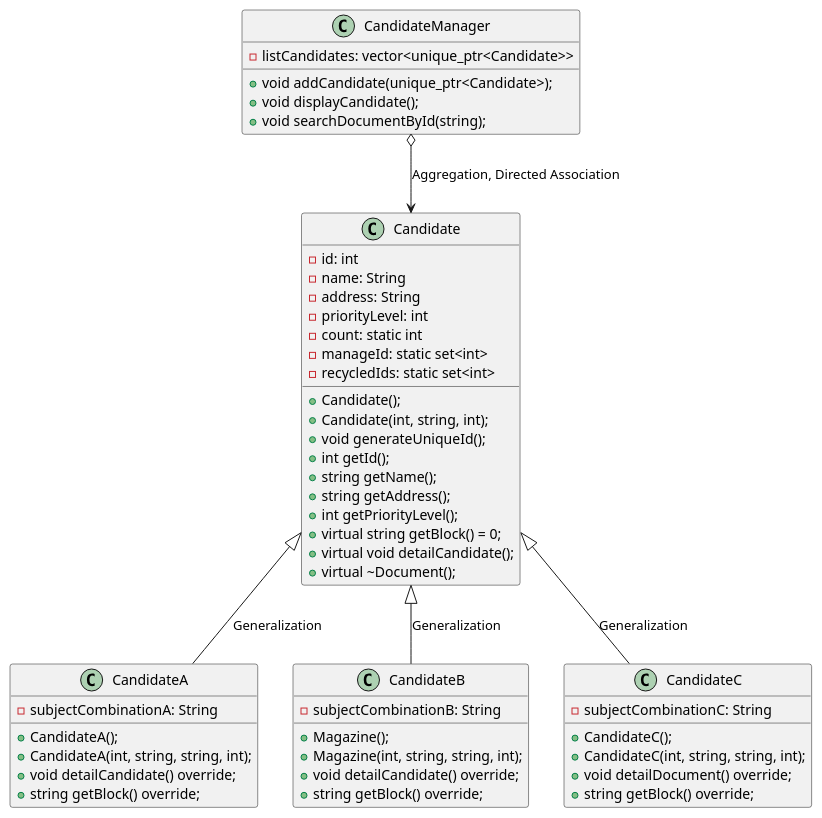
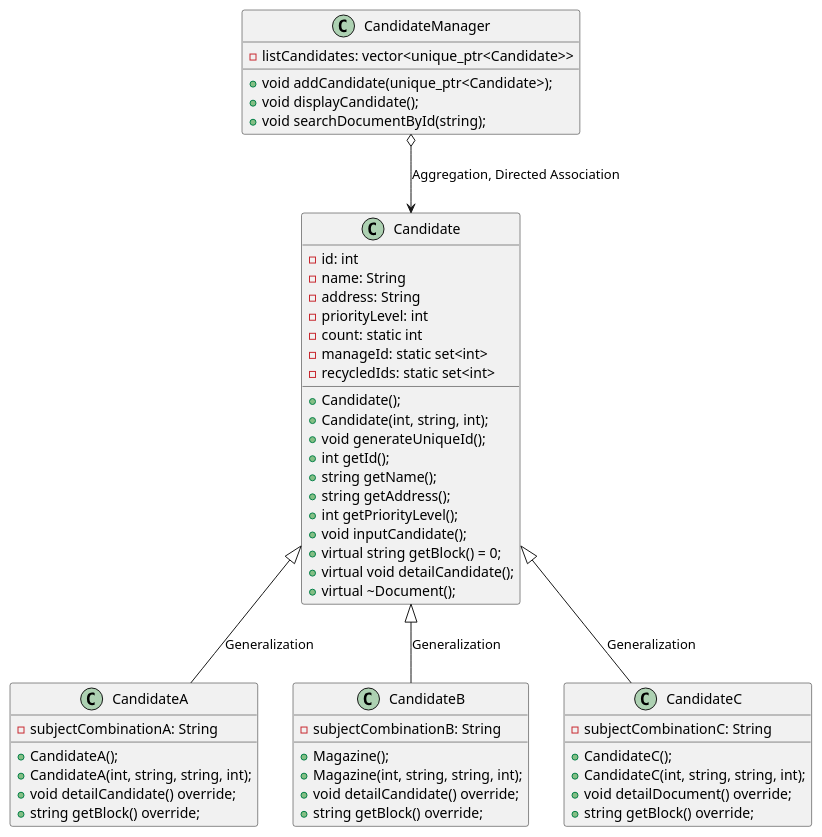
Before and after one commit to baobluebird/Basic-C-Cplusplus: the diagram in .Assigment/OOP/ex3/diagram/diagram.wsd, drawn with PlantUML. The commit also changed 102 other files, not shown here.

Commit message:
fix diagram, fix use pointer

```diff
--- a/.Assigment/OOP/ex3/diagram/diagram.wsd
+++ b/.Assigment/OOP/ex3/diagram/diagram.wsd
@@ -1,58 +1,59 @@
 @startuml
 
 class Candidate{
   - id: int
   - name: String
   - address: String
   - priorityLevel: int
   - count: static int
   - manageId: static set<int>
   - recycledIds: static set<int>
   + Candidate();
   + Candidate(int, string, int);
   + void generateUniqueId();
   + int getId();
   + string getName();
   + string getAddress();
   + int getPriorityLevel();
+  + void inputCandidate();
   + virtual string getBlock() = 0;
   + virtual void detailCandidate();
   + virtual ~Document();
 }
 
 class CandidateA{
   - subjectCombinationA: String
   + CandidateA();
   + CandidateA(int, string, string, int);
   + void detailCandidate() override;
   + string getBlock() override;
 }
 
 class CandidateB{
   - subjectCombinationB: String
   + Magazine();
   + Magazine(int, string, string, int);
   + void detailCandidate() override;
   + string getBlock() override;
 }
 
 class CandidateC{
   - subjectCombinationC: String
   + CandidateC();
   + CandidateC(int, string, string, int);
   + void detailDocument() override;
   + string getBlock() override;
 }
 
 class CandidateManager {
   - listCandidates: vector<unique_ptr<Candidate>>
   + void addCandidate(unique_ptr<Candidate>);
   + void displayCandidate();
   + void searchDocumentById(string);
 }
 
 Candidate <|-- CandidateA : Generalization 
 Candidate <|-- CandidateB : Generalization 
 Candidate <|-- CandidateC : Generalization 
 CandidateManager o--> Candidate : Aggregation, Directed Association
 @enduml
```
